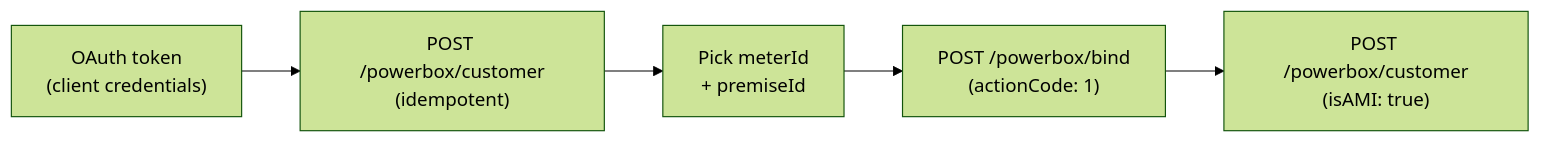
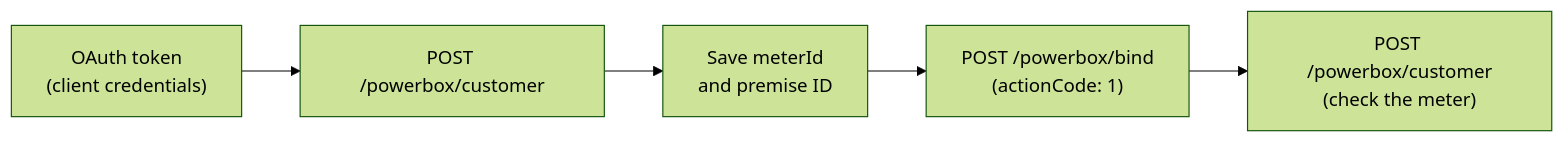
One commit to L-G99921/tw-portfolio changed the diagram in docs/tutorial-first-integration.md. Above: the diagram before and after it, drawn with Mermaid (forest theme). The commit also changed other lines of this file and 47 other files, not shown here.

````diff
--- a/docs/tutorial-first-integration.md
+++ b/docs/tutorial-first-integration.md
@@ -206,7 +193,7 @@
 ```mermaid
 flowchart LR
-    OAuth["OAuth token<br/>(client credentials)"] --> Sync["POST /powerbox/customer<br/>(idempotent)"]
-    Sync --> Pick["Pick meterId<br/>+ premiseId"]
+    OAuth["OAuth token<br/>(client credentials)"] --> Sync["POST /powerbox/customer"]
+    Sync --> Pick["Save meterId<br/>and premise ID"]
     Pick --> Bind["POST /powerbox/bind<br/>(actionCode: 1)"]
-    Bind --> Verify["POST /powerbox/customer<br/>(isAMI: true)"]
+    Bind --> Verify["POST /powerbox/customer<br/>(check the meter)"]
 ```
````
